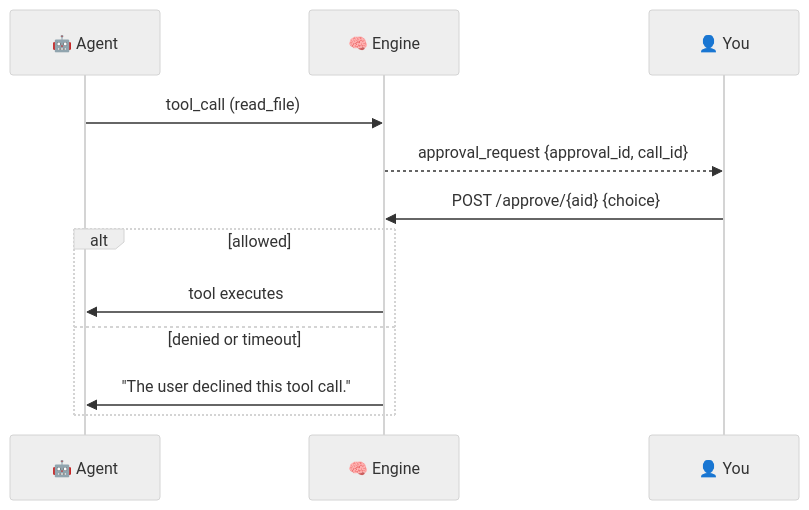
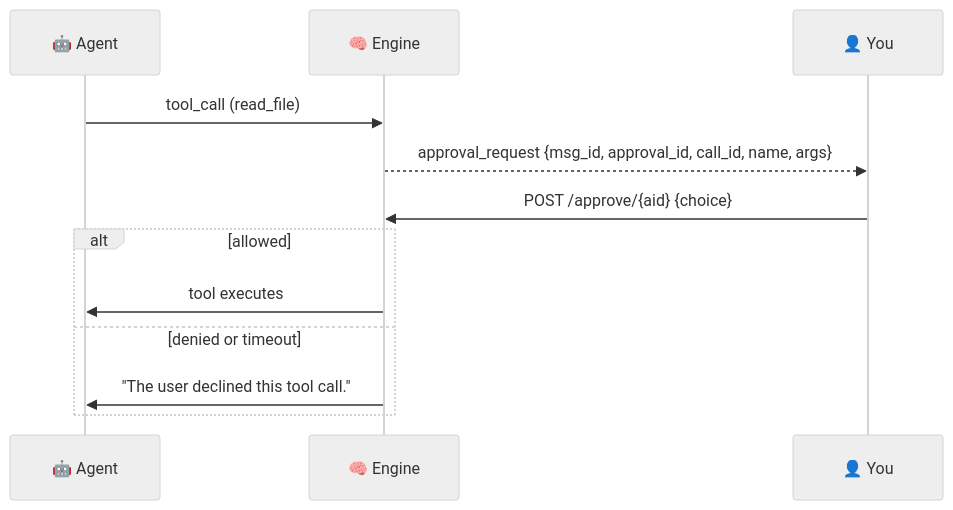
The second of 3 diagrams in docs/features/desktop/approvals.mdx (MervinPraison/PraisonAIDocs), drawn with Mermaid (neutral theme) before and after one commit. The commit also changed other lines of this file and 1 other file, not shown here.

Commit message:
docs: document stream-protocol v2 event payloads (fixes #3368)

````diff
--- a/docs/features/desktop/approvals.mdx
+++ b/docs/features/desktop/approvals.mdx
@@ -61,15 +61,15 @@
 ```mermaid
 sequenceDiagram
     participant Agent as 🤖 Agent
     participant Engine as 🧠 Engine
     participant You as 👤 You
 
     Agent->>Engine: tool_call (read_file)
-    Engine-->>You: approval_request {approval_id, call_id}
+    Engine-->>You: approval_request {msg_id, approval_id, call_id, name, args}
     You->>Engine: POST /approve/{aid} {choice}
     alt allowed
         Engine->>Agent: tool executes
     else denied or timeout
         Engine->>Agent: "The user declined this tool call."
     end
 ```
````
